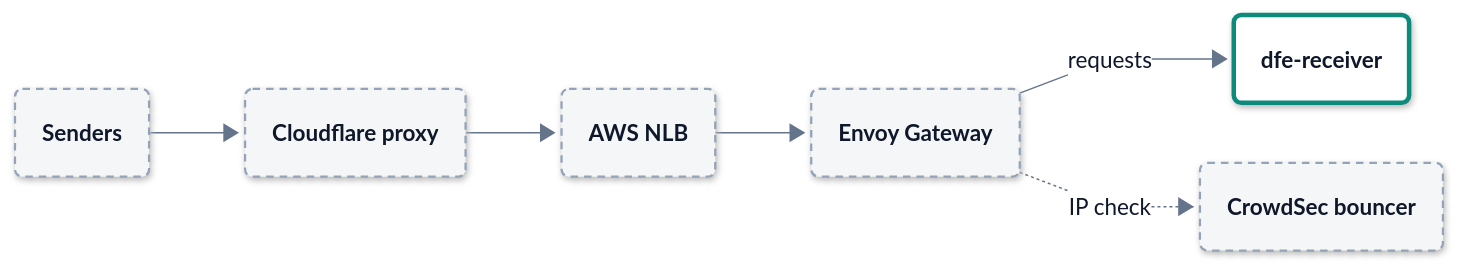
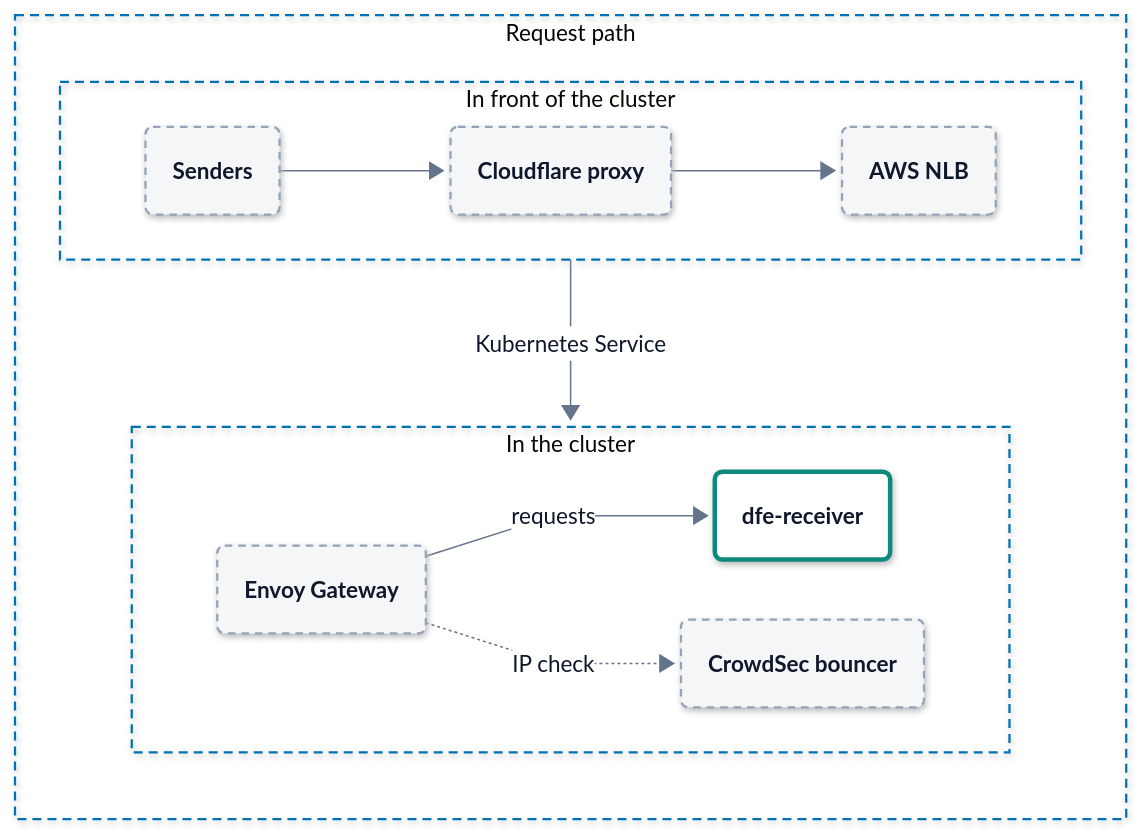
The third of 3 diagrams in docs/hardening.md (hyperi-io/dfe-receiver), drawn with Mermaid before and after one commit. The commit also changed other lines of this file and 7 other files, not shown here.

First line of the commit message:
docs(architecture): bring the receiver pages to the architecture standard (#280)

````diff
--- a/docs/hardening.md
+++ b/docs/hardening.md
@@ -458,22 +436,31 @@
     .ui .label-icon{color:#D9480F}
     .ext .label-icon{color:#64748B}
 ---
-flowchart LR
+flowchart TB
     accTitle: L4 Detail -- AWS fronting
     accDescr: Senders reach the Cloudflare proxy, which forwards to an AWS NLB, then through the Kubernetes Service to Envoy Gateway, then to the receiver. Envoy Gateway asks the CrowdSec bouncer about each client.
 
-    senders("<b>Senders</b>")
-    cloudflare("<b>Cloudflare proxy</b>")
-    nlb("<b>AWS NLB</b>")
-    envoy("<b>Envoy Gateway</b>")
-    receiver("<b>dfe-receiver</b>")
-    crowdsec("<b>CrowdSec bouncer</b>")
-
-    senders --> cloudflare
-    cloudflare --> nlb
-    nlb --> envoy
-    envoy -->|requests| receiver
-    envoy -.->|IP check| crowdsec
+    subgraph path["Request path"]
+        direction TB
+        subgraph EDGE["In front of the cluster"]
+            direction LR
+            senders("<b>Senders</b>")
+            cloudflare("<b>Cloudflare proxy</b>")
+            nlb("<b>AWS NLB</b>")
+            senders --> cloudflare --> nlb
+        end
+        subgraph K8S["In the cluster"]
+            direction LR
+            envoy("<b>Envoy Gateway</b>")
+            receiver("<b>dfe-receiver</b>")
+            crowdsec("<b>CrowdSec bouncer</b>")
+            envoy -->|requests| receiver
+            envoy -.->|IP check| crowdsec
+        end
+        EDGE -->|Kubernetes Service| K8S
+    end
+  class senders,cloudflare,nlb,envoy,crowdsec ext
+  class receiver ingest
   classDef ext fill:#F4F6F8,stroke:#94A3B8,stroke-width:1.5px,stroke-dasharray:5 4,color:#0F172A
   classDef ingest fill:#FFFFFF,stroke:#0E8A7D,stroke-width:3px,color:#0F172A
   classDef xform fill:#FFFFFF,stroke:#7B4FB0,stroke-width:3px,color:#0F172A
@@ -485,6 +472,7 @@
   classDef error fill:#FFFFFF,stroke:#C2410C,stroke-width:3px,color:#0F172A
   classDef control fill:#FFFFFF,stroke:#334155,stroke-width:3px,color:#0F172A
   classDef part fill:#FFFFFF,stroke:#94A3B8,stroke-width:1.5px,color:#0F172A
-  class senders,cloudflare,nlb,envoy,crowdsec ext
-  class receiver ingest
+  style path fill:none,stroke:#0072B2,stroke-width:1.5px,stroke-dasharray:6 4
+  style EDGE fill:none,stroke:#0072B2,stroke-width:1.5px,stroke-dasharray:6 4
+  style K8S fill:none,stroke:#0072B2,stroke-width:1.5px,stroke-dasharray:6 4
 ```
````
